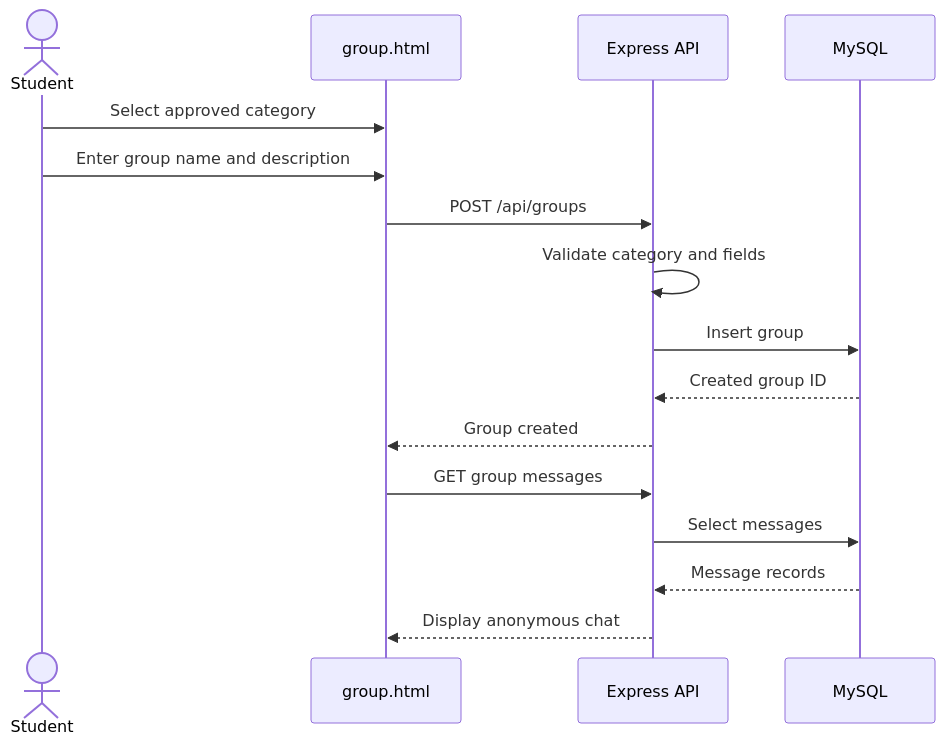
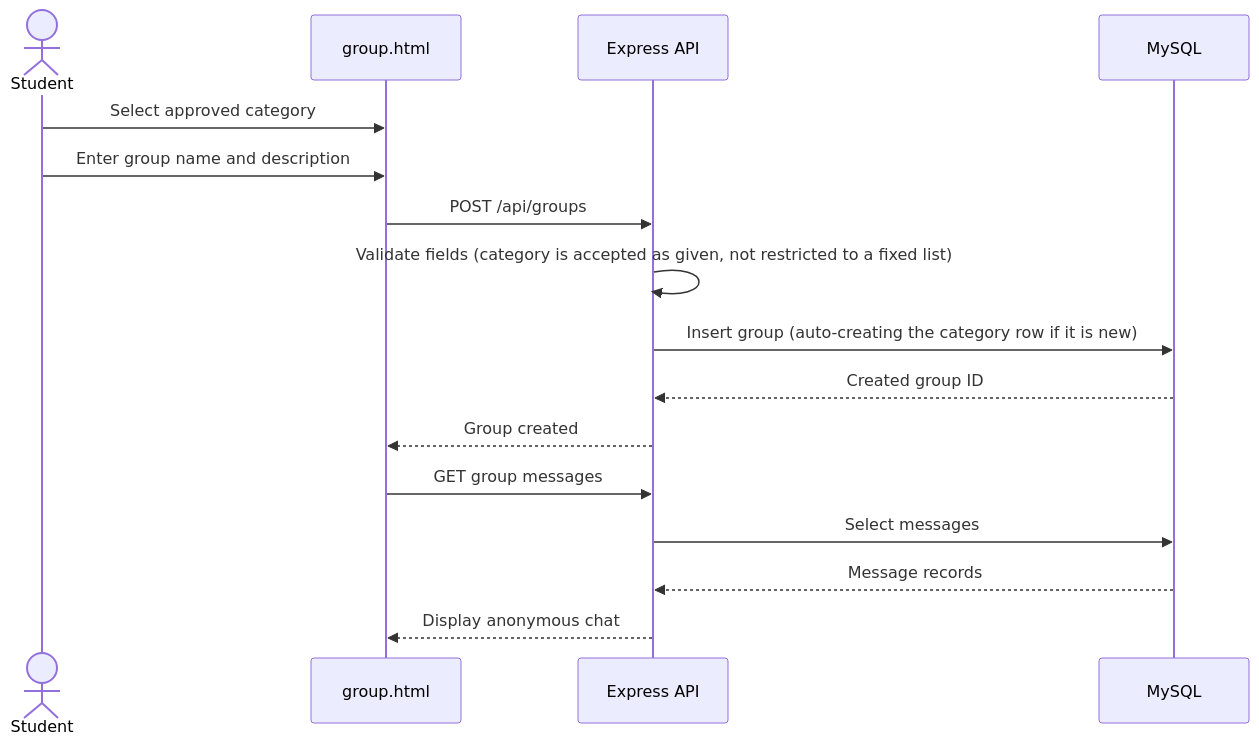
The fourth of 7 diagrams in design.md (ZHANGJIALELLLLL/CP3407.2026), drawn with Mermaid before and after one commit. The commit also changed other lines of this file, not shown here.

First line of the commit message:
Update design.md with category enforcement details

````diff
--- a/design.md
+++ b/design.md
@@ -270,18 +272,18 @@
 ```mermaid
 sequenceDiagram
     actor Student
     participant GroupUI as group.html
     participant API as Express API
     participant DB as MySQL
     Student->>GroupUI: Select approved category
     Student->>GroupUI: Enter group name and description
     GroupUI->>API: POST /api/groups
-    API->>API: Validate category and fields
-    API->>DB: Insert group
+    API->>API: Validate fields (category is accepted as given, not restricted to a fixed list)
+    API->>DB: Insert group (auto-creating the category row if it is new)
     DB-->>API: Created group ID
     API-->>GroupUI: Group created
     GroupUI->>API: GET group messages
     API->>DB: Select messages
     DB-->>API: Message records
     API-->>GroupUI: Display anonymous chat
 ```
````
